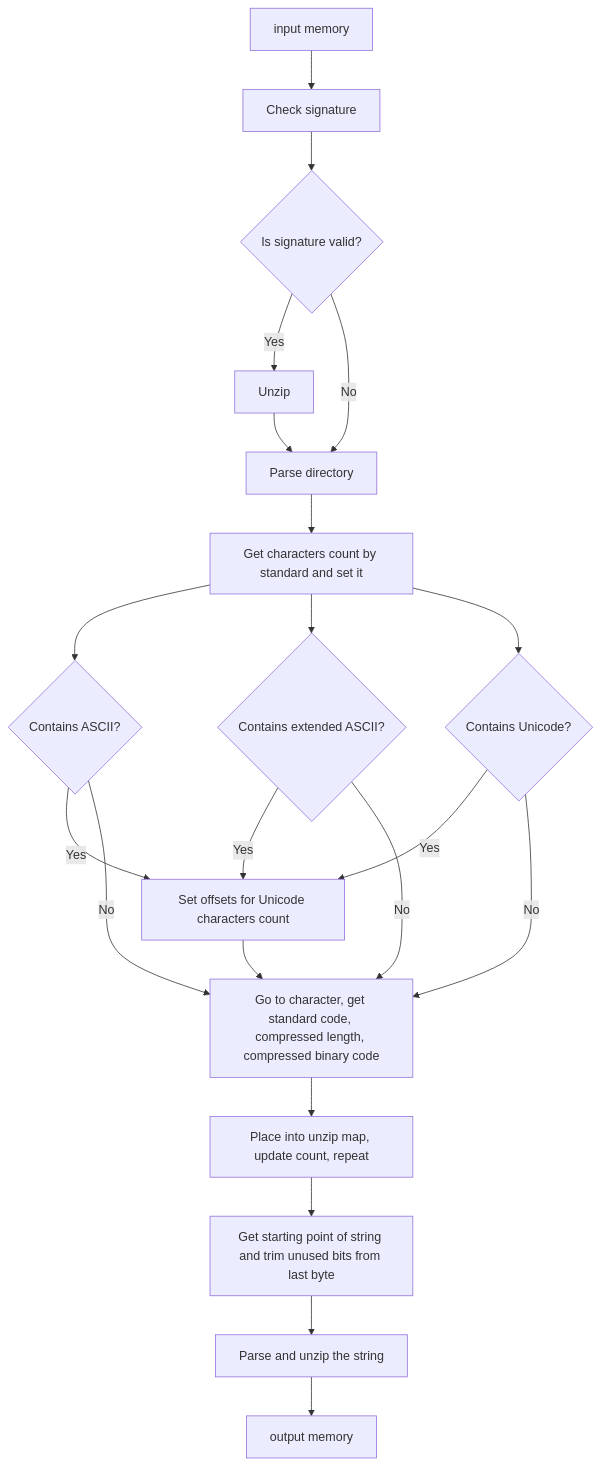
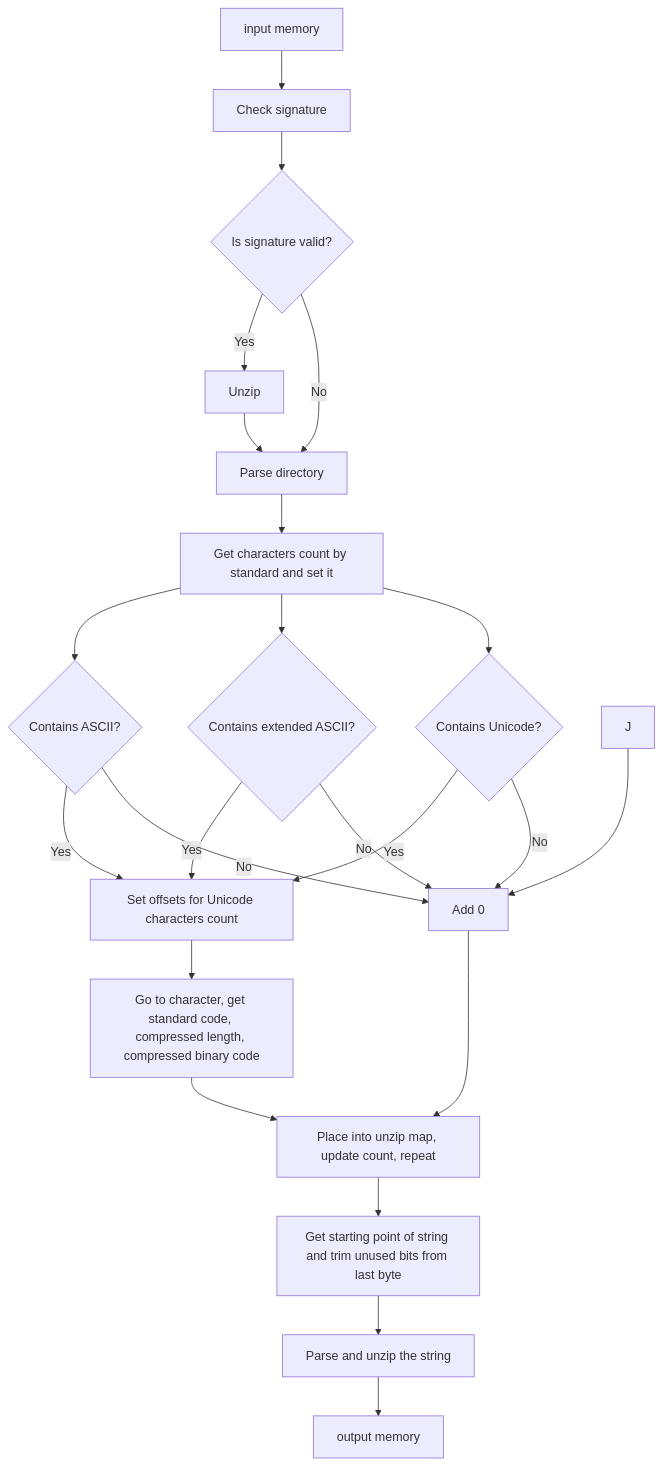
Before and after one commit to dothedada/filemakerrrr: the second of 4 diagrams in README.md, drawn with Mermaid.

Commit message:
Ajuste mermaid

````diff
--- a/README.md
+++ b/README.md
@@ -149,28 +149,32 @@
 ```mermaid
 flowchart TD
     A[input memory] --> B[Check signature]
     B --> C{Is signature valid?}
     C -- Yes --> D[Unzip]
     C -- No --> E[Return]
 
     D --> E[Parse directory]
     E --> F[Get characters count by standard and set it]
 
     F --> G{Contains ASCII?}
     G -- Yes --> O[Set offsets for ASCII characters count]
-    G -- No --> P[Add 0]
+    G -- No --> K
 
     F --> H{Contains extended ASCII?}
     H -- Yes --> O[Set offsets for extended ASCII characters count]
-    H -- No --> P[Add 0]
+    H -- No --> K
 
     F --> I{Contains Unicode?}
     I -- Yes --> O[Set offsets for Unicode characters count]
-    I -- No --> P[Add 0]
+    I -- No --> K
+
+    J --> K[Add 0]
+    K --> Q
+
 
     O --> P[Go to character, get standard code, compressed length, compressed binary code]
     P --> Q[Place into unzip map, update count, repeat]
     Q --> R[Get starting point of string and trim unused bits from last byte]
     R --> S[Parse and unzip the string]
     S --> T[output memory]
 ```
````
